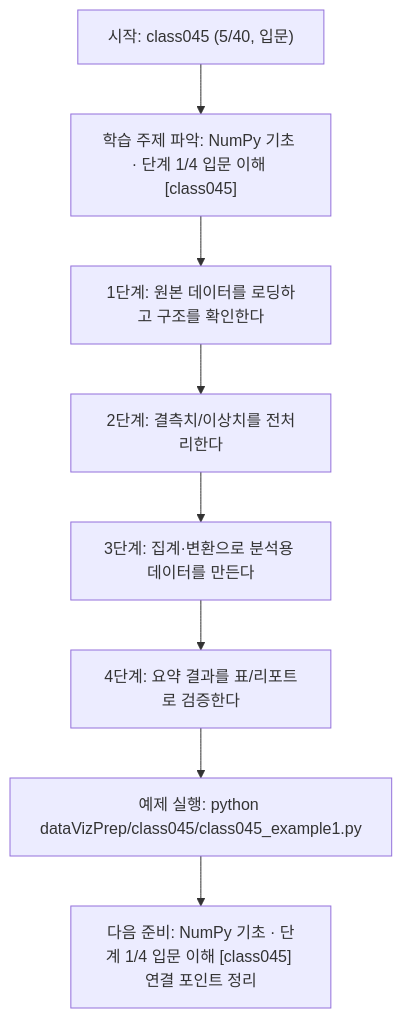
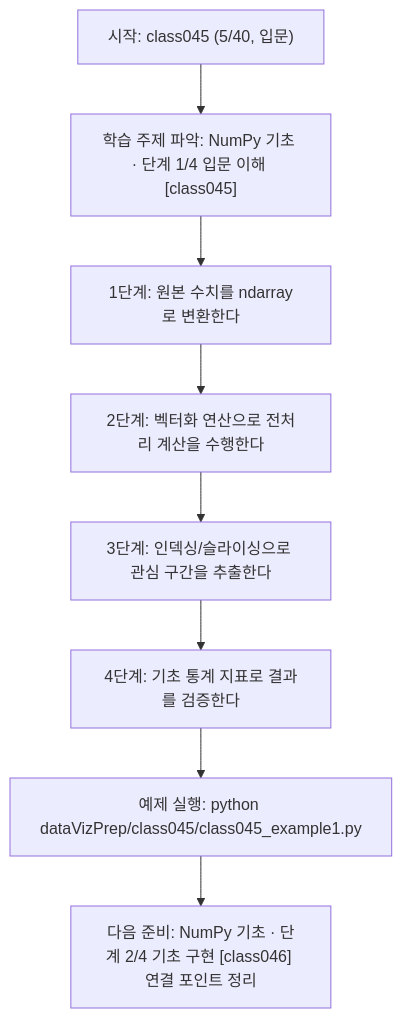
One commit to edumgt/Python-AI_Agent-Class changed the diagram in dataVizPrep/class045/class045.md. Above: the diagram before and after it, drawn with Mermaid. The commit also changed other lines of this file and 283 other files, not shown here.

````diff
--- a/dataVizPrep/class045/class045.md
+++ b/dataVizPrep/class045/class045.md
@@ -110,18 +92,18 @@
 ```mermaid
 flowchart TD
 N1["시작: class045 (5/40, 입문)"]
 N2["학습 주제 파악: NumPy 기초 · 단계 1/4 입문 이해 [class045]"]
-N3["1단계: 원본 데이터를 로딩하고 구조를 확인한다"]
-N4["2단계: 결측치/이상치를 전처리한다"]
-N5["3단계: 집계·변환으로 분석용 데이터를 만든다"]
-N6["4단계: 요약 결과를 표/리포트로 검증한다"]
+N3["1단계: 원본 수치를 ndarray로 변환한다"]
+N4["2단계: 벡터화 연산으로 전처리 계산을 수행한다"]
+N5["3단계: 인덱싱/슬라이싱으로 관심 구간을 추출한다"]
+N6["4단계: 기초 통계 지표로 결과를 검증한다"]
 N7["예제 실행: python dataVizPrep/class045/class045_example1.py"]
-N8["다음 준비: NumPy 기초 · 단계 1/4 입문 이해 [class045] 연결 포인트 정리"]
+N8["다음 준비: NumPy 기초 · 단계 2/4 기초 구현 [class046] 연결 포인트 정리"]
 N1 --> N2
 N2 --> N3
 N3 --> N4
 N4 --> N5
 N5 --> N6
 N6 --> N7
 N7 --> N8
 ```
````
